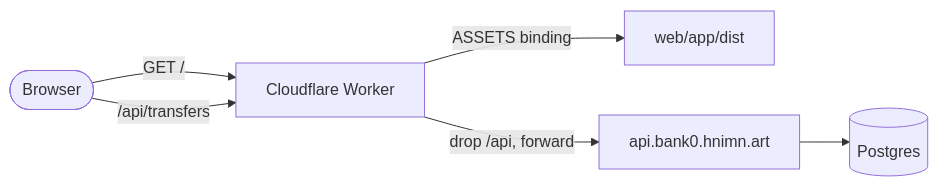
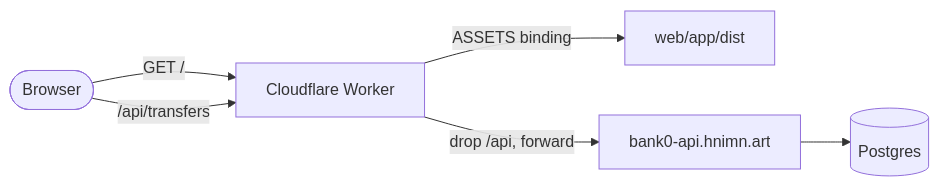
Before and after one commit to minhtt159/bank0: the diagram in docs/07-client-web-app.md, drawn with Mermaid. The commit also changed other lines of this file and 11 other files, not shown here.

````diff
--- a/docs/07-client-web-app.md
+++ b/docs/07-client-web-app.md
@@ -16,8 +16,8 @@
 ```mermaid
 flowchart LR
     B([Browser]) -->|"GET /"| W[Cloudflare Worker]
     B -->|"/api/transfers"| W
     W -->|ASSETS binding| S[web/app/dist]
-    W -->|"drop /api, forward"| API[api.bank0.hnimn.art]
+    W -->|"drop /api, forward"| API[bank0-api.hnimn.art]
     API --> DB[(Postgres)]
 ```
````
